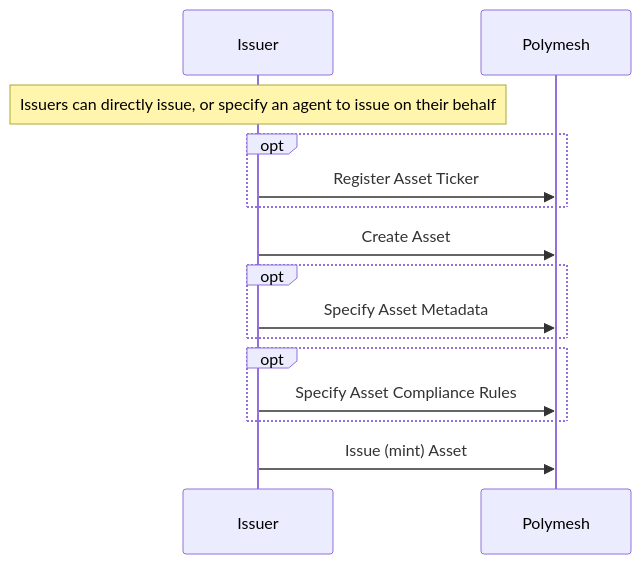
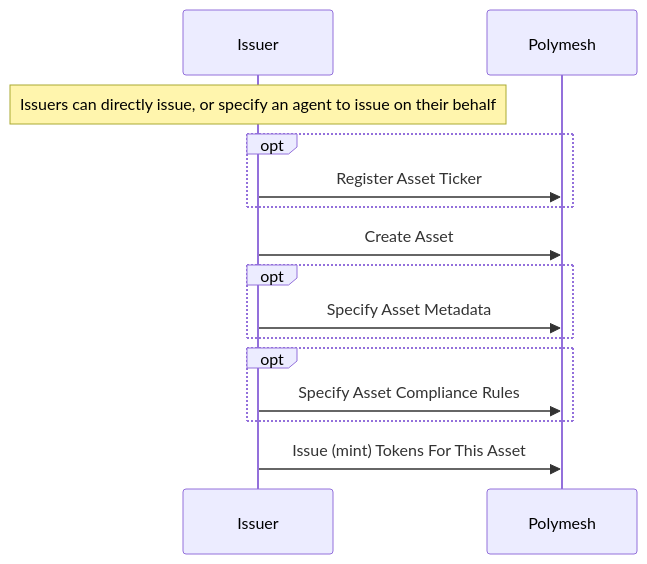
Before and after one commit to PolymeshAssociation/polymesh-documentation-site: the first of 5 diagrams in polymesh-docs/primitives/settlement-diagrams.mdx, drawn with Mermaid. The commit also changed other lines of this file, not shown here.

Commit message:
Update diagrams

````diff
--- a/polymesh-docs/primitives/settlement-diagrams.mdx
+++ b/polymesh-docs/primitives/settlement-diagrams.mdx
@@ -20,18 +20,18 @@
 ```mermaid
 sequenceDiagram
 participant I as Issuer
 participant P as Polymesh
 
 Note over I: Issuers can directly issue, or specify an agent to issue on their behalf
 opt
   I ->> P: Register Asset Ticker
 end
 I ->> P: Create Asset
 opt
   I ->> P: Specify Asset Metadata
 end
 opt
   I ->> P: Specify Asset Compliance Rules
 end
-I ->> P: Issue (mint) Asset
+I ->> P: Issue (mint) Tokens For This Asset
 ```
````
